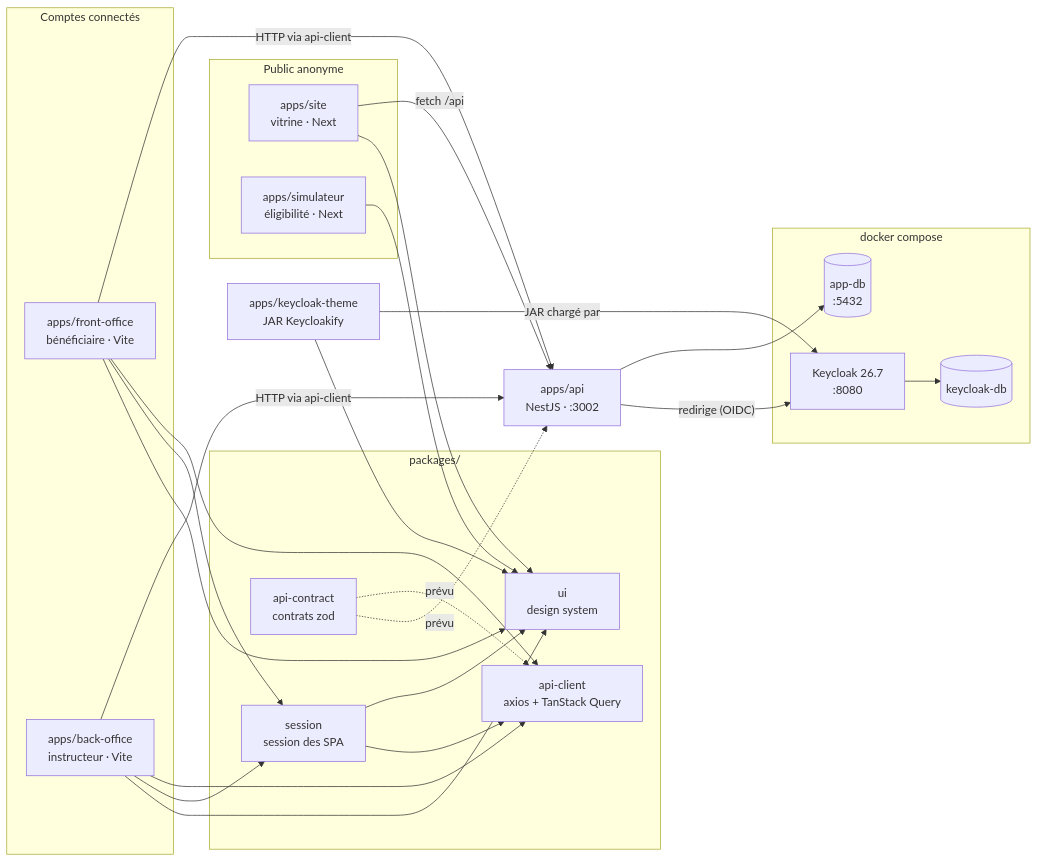
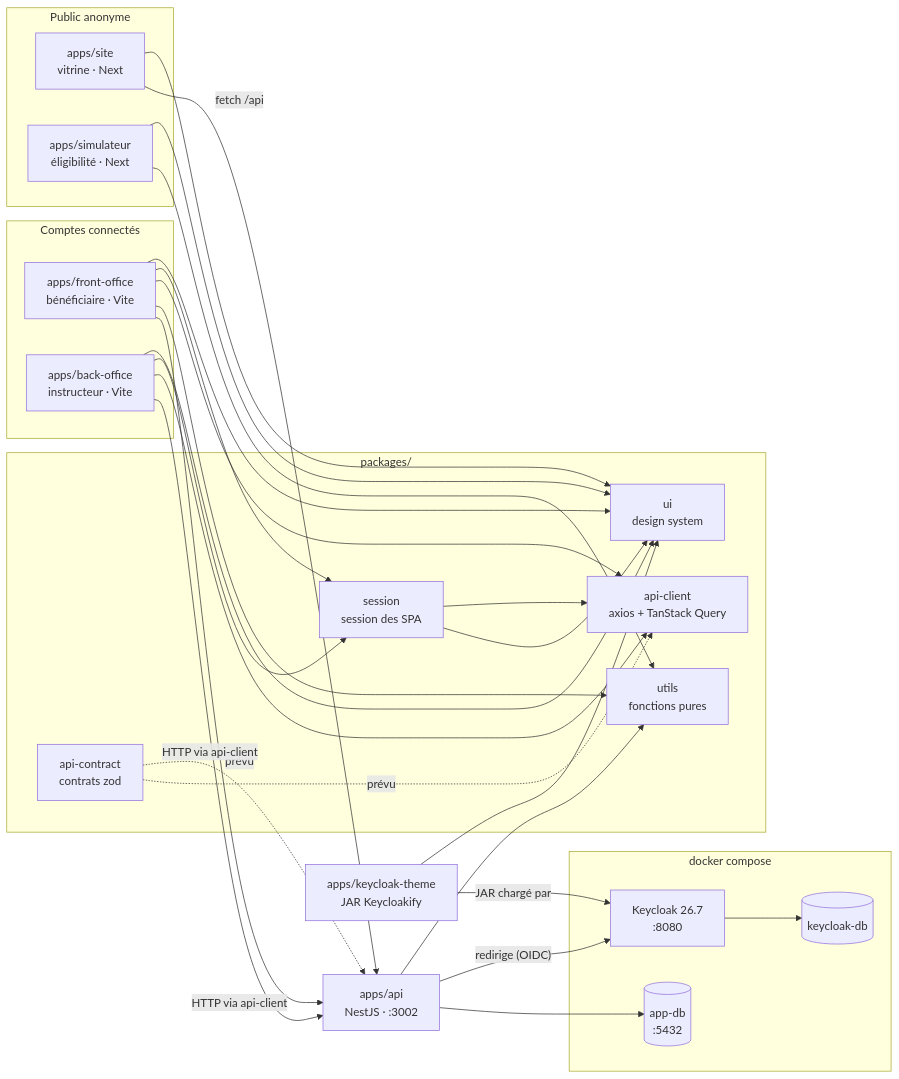
The diagram in docs/cartographie.md (betagouv/etape), drawn with Mermaid before and after one commit. The commit also changed other lines of this file and 23 other files, not shown here.

````diff
--- a/docs/cartographie.md
+++ b/docs/cartographie.md
@@ -9,37 +9,39 @@
 ```mermaid
 flowchart LR
   subgraph public["Public anonyme"]
     site["apps/site<br/>vitrine · Next"]
     simulateur["apps/simulateur<br/>éligibilité · Next"]
   end
   subgraph connecte["Comptes connectés"]
     fo["apps/front-office<br/>bénéficiaire · Vite"]
     bo["apps/back-office<br/>instructeur · Vite"]
   end
   subgraph packages["packages/"]
     ui["ui<br/>design system"]
     session["session<br/>session des SPA"]
     client["api-client<br/>axios + TanStack Query"]
     contract["api-contract<br/>contrats zod"]
+    utils["utils<br/>fonctions pures"]
   end
   subgraph docker["docker compose"]
     keycloak["Keycloak 26.7<br/>:8080"]
     kcdb[("keycloak-db")]
     appdb[("app-db<br/>:5432")]
   end
   api["apps/api<br/>NestJS · :3002"]
   theme["apps/keycloak-theme<br/>JAR Keycloakify"]
 
   site & simulateur & fo & bo & theme --> ui
   fo & bo --> session
   session --> client & ui
   fo & bo --> client
+  api & fo & simulateur --> utils
   contract -. prévu .-> api
   contract -. prévu .-> client
   site -- "fetch /api" --> api
   fo & bo -- "HTTP via api-client" --> api
   api -- "redirige (OIDC)" --> keycloak
   api --> appdb
   keycloak --> kcdb
   theme -- "JAR chargé par" --> keycloak
 ```
````
